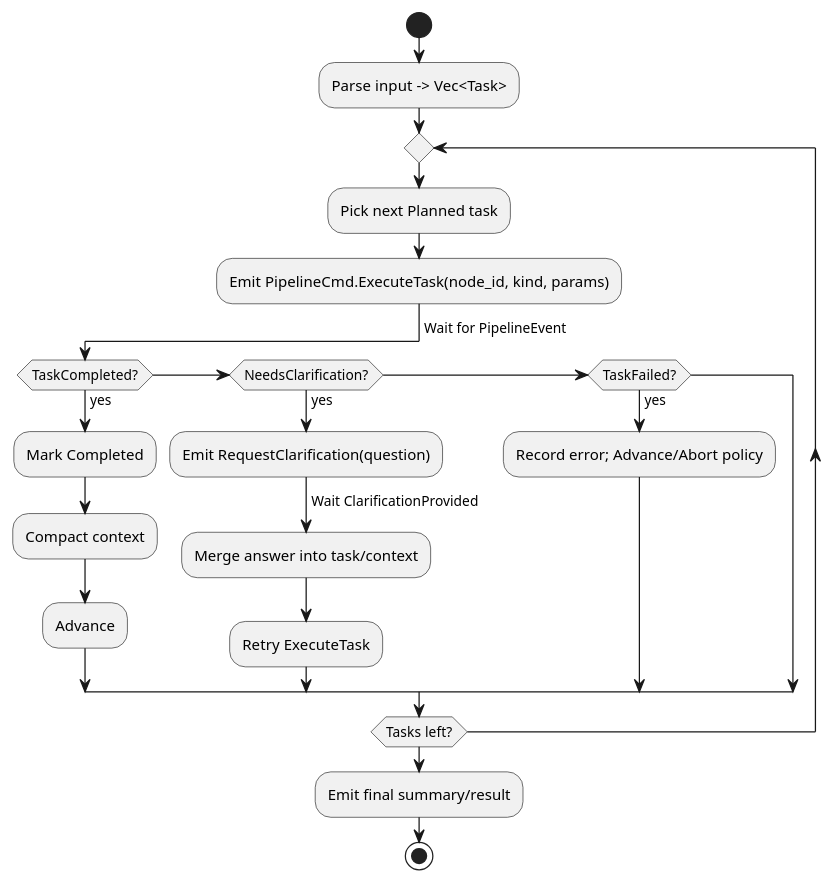
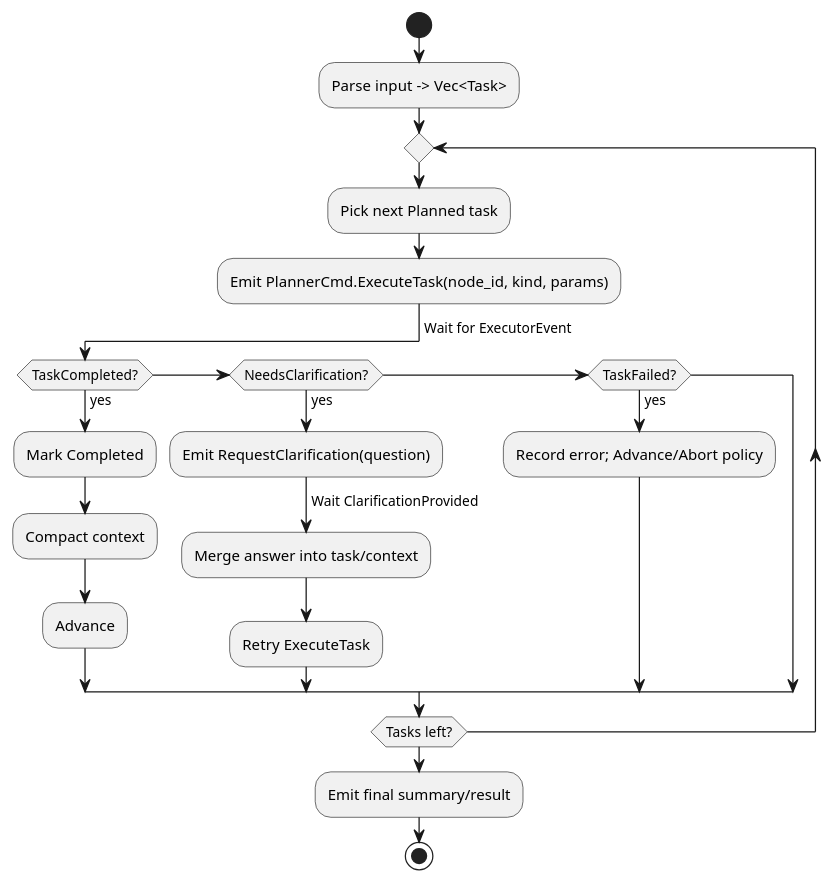
One commit to agtechnologieswork-netizen/agent changed the diagram in meta_agent/meta_planner_design.md. Above: the diagram before and after it, drawn with PlantUML. The commit also changed other lines of this file and 1 other file, not shown here.

````diff
--- a/meta_agent/meta_planner_design.md
+++ b/meta_agent/meta_planner_design.md
@@ -86,25 +105,25 @@
 ```plantuml
 @startuml
 start
 :Parse input -> Vec<Task>;
 repeat
   :Pick next Planned task;
-  :Emit PipelineCmd.ExecuteTask(node_id, kind, params);
-  -> Wait for PipelineEvent;
+  :Emit PlannerCmd.ExecuteTask(node_id, kind, params);
+  -> Wait for ExecutorEvent;
   if (TaskCompleted?) then (yes)
     :Mark Completed;
     :Compact context;
     :Advance;
   elseif (NeedsClarification?) then (yes)
     :Emit RequestClarification(question);
     -> Wait ClarificationProvided;
     :Merge answer into task/context;
     :Retry ExecuteTask;
   elseif (TaskFailed?) then (yes)
     :Record error; Advance/Abort policy;
   endif
 repeat while (Tasks left?)
 :Emit final summary/result;
 stop
 @enduml
 ```
````
